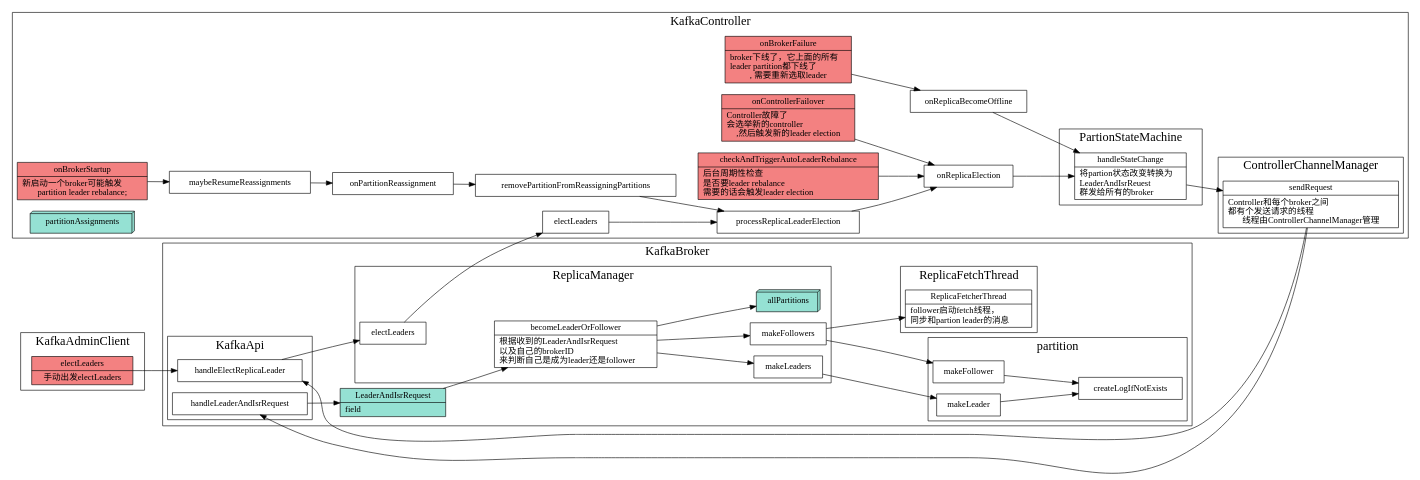
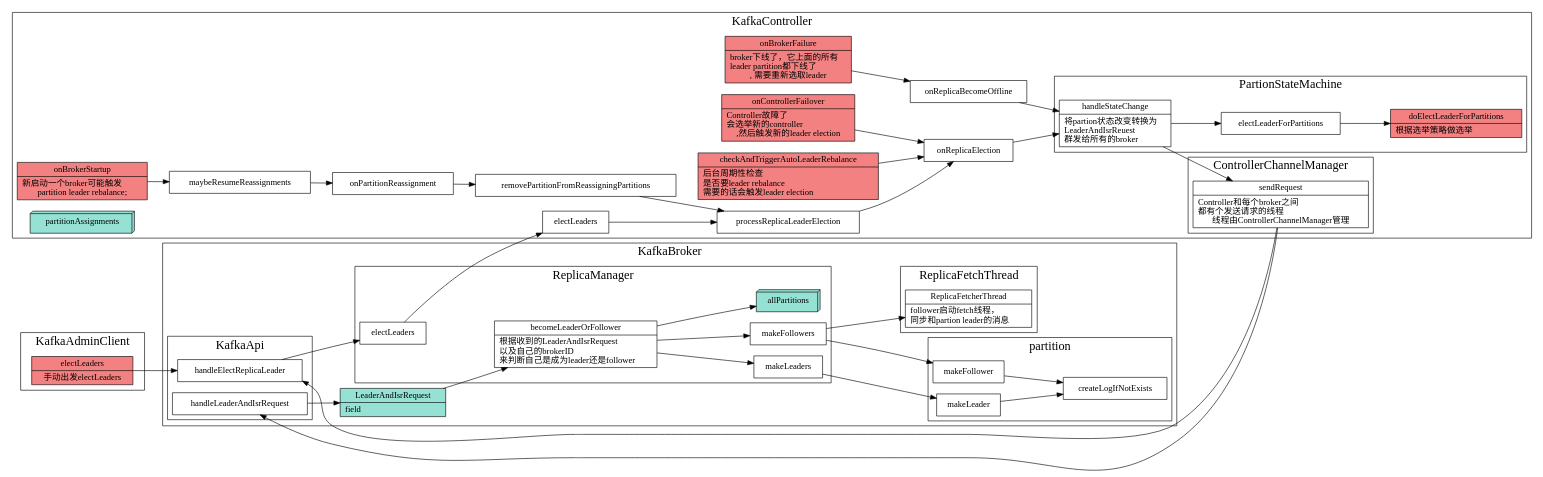
Before and after one commit to xieyu/blog: the diagram in src/kafka/replica-leader-election.dot, drawn with Graphviz. The commit also changed 17 other files, not shown here.

```diff
--- a/src/kafka/replica-leader-election.dot
+++ b/src/kafka/replica-leader-election.dot
@@ -1,173 +1,185 @@
 digraph replica_leader_election {
   node[shape=box];
   newrank=true;
   rankdir=LR;
 
   subgraph cluster_KafkaBroker {
     graph[label="KafkaBroker";fontsize=20;];
     subgraph cluster_KafkaApi {
       graph[label="KafkaApi";fontsize=20;];
       handleLeaderAndIsrRequest;
       handleElectReplicaLeader;
     }
 
     subgraph cluster_partition {
       graph[label="partition";fontsize=20;];
       {makeLeader; makeFollower;} -> createLogIfNotExists;
     }
     subgraph cluster_ReplicaFetchThread {
       graph[label="ReplicaFetchThread";fontsize=20;];
       ReplicaFetcherThread[shape="record";
         label="{{
           ReplicaFetcherThread|
             follower启动fetch线程，\l 
             同步和partion leader的消息\l
         }}";
       ];
     }
     subgraph cluster_ReplicaManager {
       graph[label="ReplicaManager";fontsize=20;];
       becomeLeaderOrFollower[shape="record";
         label="{{
           becomeLeaderOrFollower|
             根据收到的LeaderAndIsrRequest\l
             以及自己的brokerID\l 
             来判断自己是成为leader还是follower\l
         }}";
       ];
       becomeLeaderOrFollower;
       becomeLeaderOrFollower -> {
         makeLeaders;
         makeFollowers;
         allPartitions;
       };
       allPartitions[
         fillcolor="#95e1d3"
         style=filled;
         shape=box3d;
         label="allPartitions"
       ];
       replica_electLeaders[label="electLeaders"];
       makeFollowers -> ReplicaFetcherThread;
     };
 
     LeaderAndIsrRequest[shape="record";
       fillcolor="#95e1d3"
       style=filled;
       label="{{
         LeaderAndIsrRequest|
           field \l
       }}";
     ];
     handleLeaderAndIsrRequest -> LeaderAndIsrRequest;
     LeaderAndIsrRequest -> becomeLeaderOrFollower;
     handleElectReplicaLeader -> replica_electLeaders;
     makeLeaders -> makeLeader;
     makeFollowers -> makeFollower;
     {rank=same;handleElectReplicaLeader;handleLeaderAndIsrRequest};
   }
   replica_electLeaders -> controller_electLeaders;
 
 
   subgraph cluster_KafkaController {
     graph[label="KafkaController";fontsize=20;];
     subgraph cluster_PartionStateMachine {
       graph[label="PartionStateMachine";fontsize=20;];
-      handleStateChange;
       handleStateChange[shape="record";
         label="{{
           handleStateChange|
           将partion状态改变转换为\l 
           LeaderAndIsrReuest\l
           群发给所有的broker\l
+        }}";
+      ];
+      handleStateChange -> {
+        electLeaderForPartitions;
+      }
+      electLeaderForPartitions -> doElectLeaderForPartitions;
+      doElectLeaderForPartitions[
+        fillcolor="#f38181"
+        style=filled;
+        shape="record";
+        label="{{
+          doElectLeaderForPartitions|
+          根据选举策略做选举\l
         }}";
       ];
     }
     subgraph cluster_ControllerChannelManager {
       graph[label="ControllerChannelManager";fontsize=20;];
       sendRequest[shape="record";
         label="{{
           sendRequest|
             Controller和每个broker之间\l 
             都有个发送请求的线程\l
             线程由ControllerChannelManager管理
         }}";
       ];
     }
     controller_electLeaders[label="electLeaders"];
     controller_electLeaders -> processReplicaLeaderElection;
     onReplicaElection -> handleStateChange -> sendRequest;
     onBrokerFailure -> onReplicaBecomeOffline -> handleStateChange;
 
     sendRequest -> {
       handleLeaderAndIsrRequest;
       handleElectReplicaLeader;
     };
     onBrokerStartup -> maybeResumeReassignments -> onPartitionReassignment -> removePartitionFromReassigningPartitions -> processReplicaLeaderElection;
     {
       onControllerFailover
       processReplicaLeaderElection;
       checkAndTriggerAutoLeaderRebalance;
     }-> onReplicaElection;
 
     onBrokerStartup[shape="record";
       fillcolor="#f38181";
       style=filled;
       label="{{
         onBrokerStartup|
         新启动一个broker可能触发\l 
         partition leader rebalance;
       }}";
     ];
     onBrokerFailure[shape="record";
       fillcolor="#f38181";
       style=filled;
       label="{{
         onBrokerFailure|
         broker下线了，它上面的所有\l 
         leader partition都下线了\l 
         , 需要重新选取leader
       }}";
     ];
     onControllerFailover[shape="record";
       fillcolor="#f38181";
       style=filled;
       label="{{
         onControllerFailover|
         Controller故障了\l 
         会选举新的controller\l 
         ,然后触发新的leader election
       }}";
     ];
     checkAndTriggerAutoLeaderRebalance[shape="record";
       fillcolor="#f38181";
       style=filled;
       label="{{
         checkAndTriggerAutoLeaderRebalance|
           后台周期性检查\l 
           是否要leader rebalance\l
           需要的话会触发leader election\l
       }}";
     ];
 
     partitionAssignments[
       fillcolor="#95e1d3"
       style=filled;
       shape=box3d;
       label="partitionAssignments"
     ];
   }
 
   subgraph cluster_KafkaAdminClient {
     graph[label="KafkaAdminClient";fontsize=20;];
     admin_electLeaders[shape="record";
       fillcolor="#f38181";
       style=filled;
       label="{{
         electLeaders|
         手动出发electLeaders
       }}";
     ];
     admin_electLeaders -> handleElectReplicaLeader;
   }
 }
```
